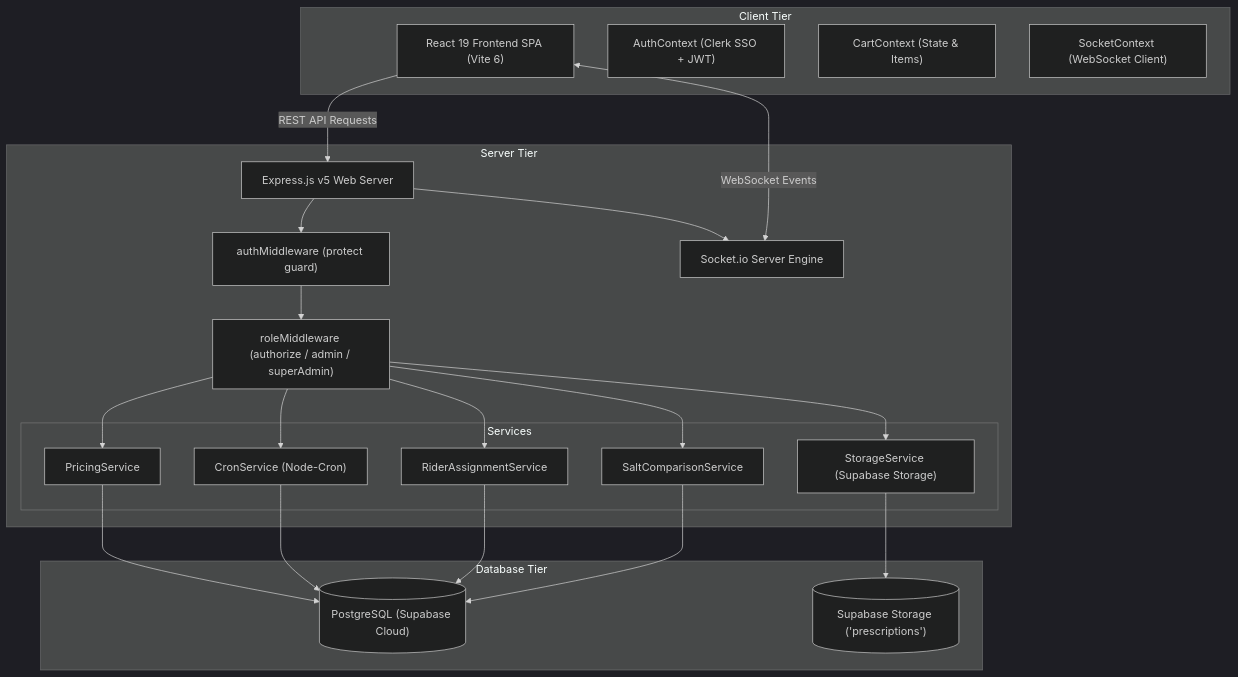
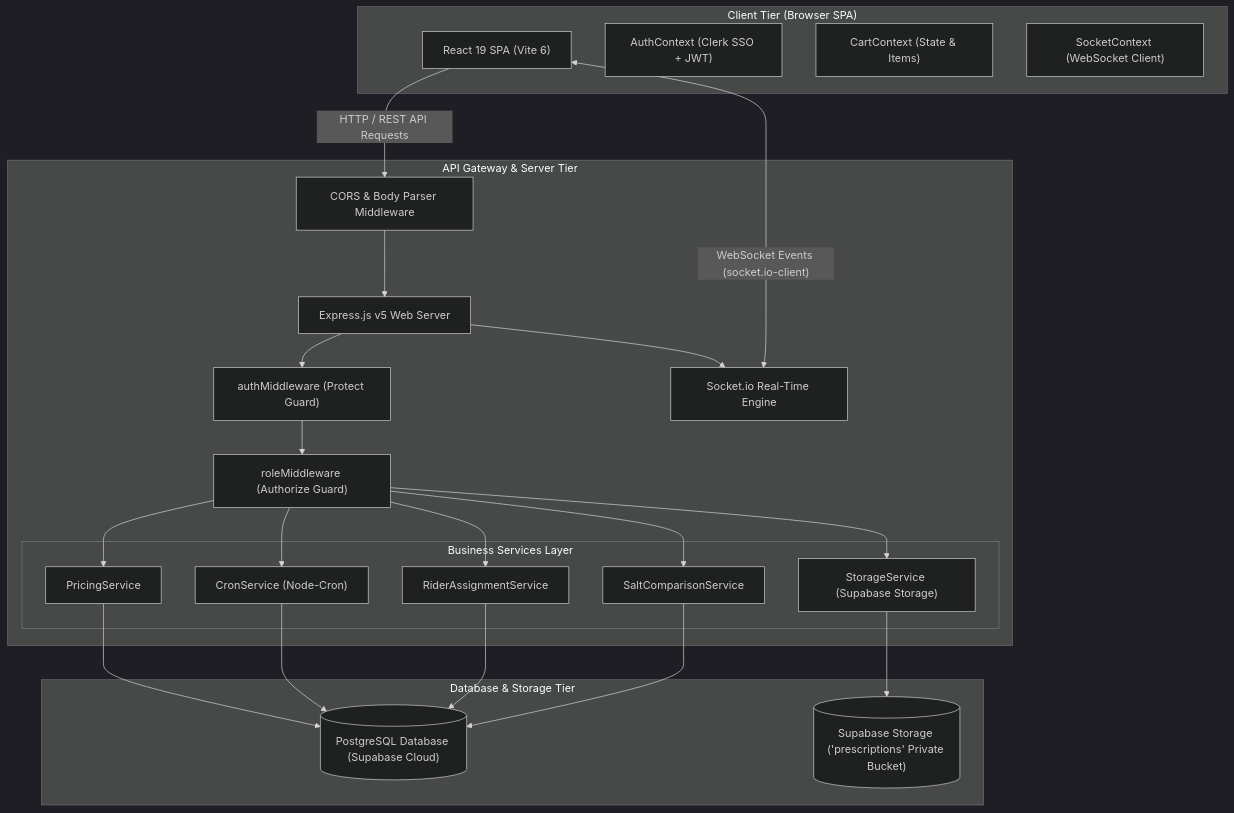
The first of 5 diagrams in README.md (em-srs/Medifly), drawn with Mermaid (dark theme) before and after one commit. The commit also changed other lines of this file and 1 other file, not shown here.

Commit message:
docs: generate Section 11 audit-verified README.md and notes.md with AI ownership disclosure, 5 quoted Mermaid diagrams, and real test results

````diff
--- a/README.md
+++ b/README.md
@@ -134,46 +90,48 @@
 ```mermaid
 graph TB
-    subgraph Client Tier
-        UI["React 19 Frontend SPA (Vite 6)"]
+    subgraph "Client Tier (Browser SPA)"
+        UI["React 19 SPA (Vite 6)"]
         AC["AuthContext (Clerk SSO + JWT)"]
         CC["CartContext (State & Items)"]
         SC["SocketContext (WebSocket Client)"]
     end
 
-    subgraph Server Tier
+    subgraph "API Gateway & Server Tier"
         EX["Express.js v5 Web Server"]
-        MW_A["authMiddleware (protect guard)"]
-        MW_R["roleMiddleware (authorize / admin / superAdmin)"]
+        CORS["CORS & Body Parser Middleware"]
+        MW_A["authMiddleware (Protect Guard)"]
+        MW_R["roleMiddleware (Authorize Guard)"]
         
-        subgraph Services
+        subgraph "Business Services Layer"
             PS["PricingService"]
             CS["CronService (Node-Cron)"]
             RAS["RiderAssignmentService"]
             SCS["SaltComparisonService"]
             SS["StorageService (Supabase Storage)"]
         end
         
-        SIO["Socket.io Server Engine"]
+        SIO["Socket.io Real-Time Engine"]
     end
 
-    subgraph Database Tier
-        DB[("PostgreSQL (Supabase Cloud)")]
-        ST[("Supabase Storage ('prescriptions')")]
+    subgraph "Database & Storage Tier"
+        DB[("PostgreSQL Database (Supabase Cloud)")]
+        ST[("Supabase Storage ('prescriptions' Private Bucket)")]
     end
 
-    UI -->|REST API Requests| EX
-    UI <-->|WebSocket Events| SIO
+    UI -->|"HTTP / REST API Requests"| CORS
+    UI <-->|"WebSocket Events (socket.io-client)"| SIO
+    CORS --> EX
     EX --> MW_A
     MW_A --> MW_R
     MW_R --> PS
     MW_R --> CS
     MW_R --> RAS
     MW_R --> SCS
     MW_R --> SS
     PS --> DB
     CS --> DB
     RAS --> DB
     SCS --> DB
     SS --> ST
     EX --> SIO
 ```
````
